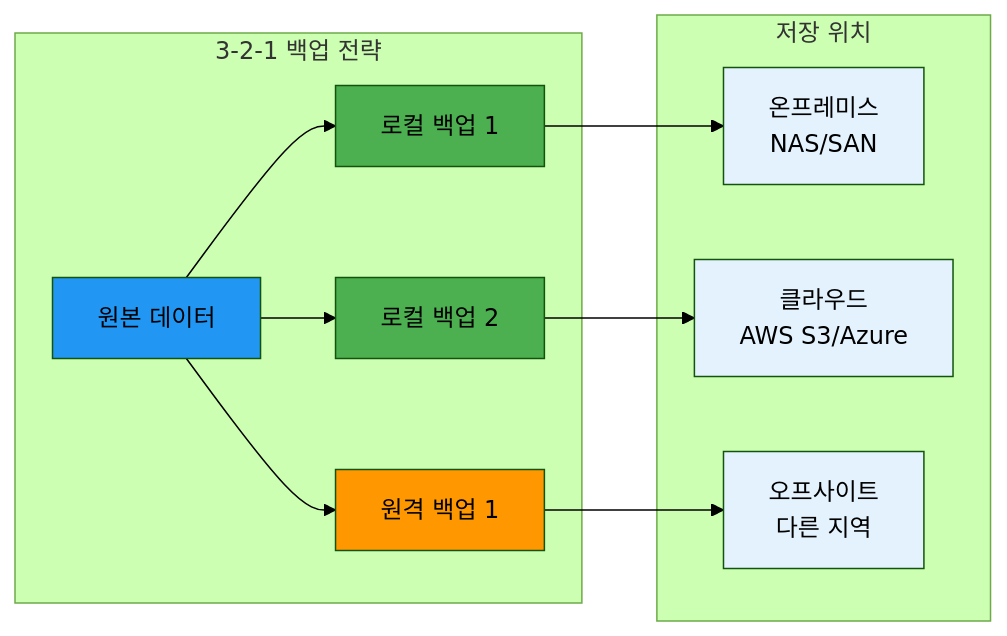
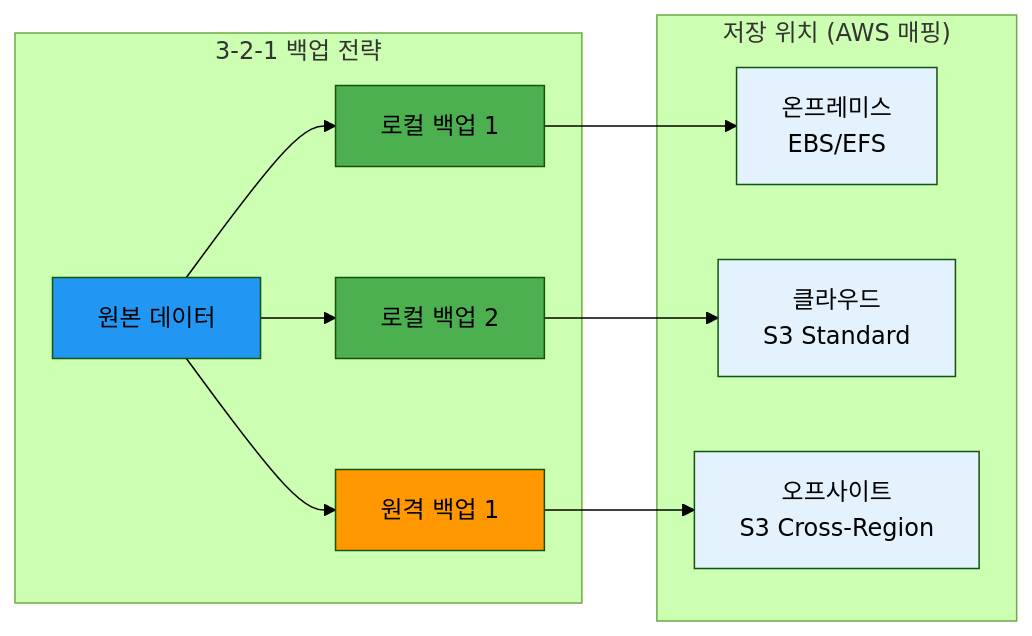
The third of 4 diagrams in theory/week_02/day2/session_2.md (niceguy61/kdt_devops_lecture_2025), drawn with Mermaid (forest theme) before and after one commit. The commit also changed other lines of this file and 4 other files, not shown here.

````diff
--- a/theory/week_02/day2/session_2.md
+++ b/theory/week_02/day2/session_2.md
@@ -123,26 +123,26 @@
 ```mermaid
 graph LR
     subgraph "3-2-1 백업 전략"
         A[원본 데이터] --> B[로컬 백업 1]
         A --> C[로컬 백업 2]
         A --> D[원격 백업 1]
     end
     
-    subgraph "저장 위치"
-        E[온프레미스<br/>NAS/SAN]
-        F[클라우드<br/>AWS S3/Azure]
-        G[오프사이트<br/>다른 지역]
+    subgraph "저장 위치 (AWS 매핑)"
+        E[온프레미스<br/>EBS/EFS]
+        F[클라우드<br/>S3 Standard]
+        G[오프사이트<br/>S3 Cross-Region]
     end
     
     B --> E
     C --> F
     D --> G
     
     style A fill:#2196f3
     style B fill:#4caf50
     style C fill:#4caf50
     style D fill:#ff9800
     style E fill:#e3f2fd
     style F fill:#e3f2fd
     style G fill:#e3f2fd
 ```
````
